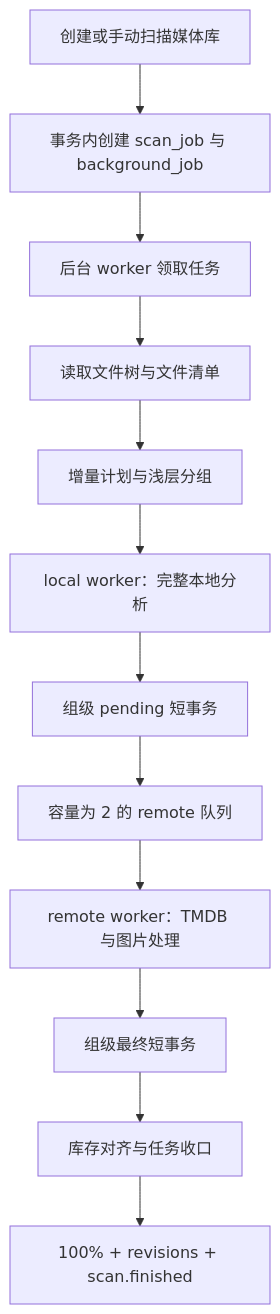
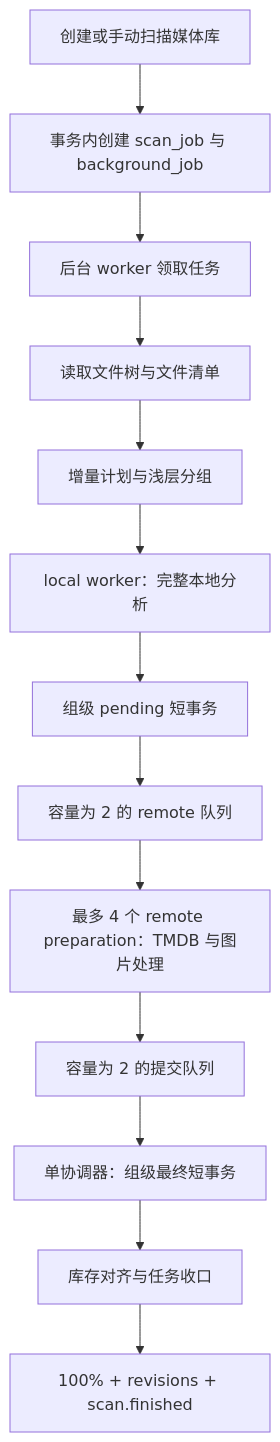
Before and after one commit to RichesChiu/mova: the diagram in docs/MEDIA_LIBRARY_SCAN.md, drawn with Mermaid. The commit also changed other lines of this file and 20 other files, not shown here.

````diff
--- a/docs/MEDIA_LIBRARY_SCAN.md
+++ b/docs/MEDIA_LIBRARY_SCAN.md
@@ -25,14 +25,15 @@
 ```mermaid
 flowchart TD
     Create["创建或手动扫描媒体库"] --> Enqueue["事务内创建 scan_job 与 background_job"]
     Enqueue --> Claim["后台 worker 领取任务"]
     Claim --> Discover["读取文件树与文件清单"]
     Discover --> Plan["增量计划与浅层分组"]
     Plan --> Local["local worker：完整本地分析"]
     Local --> LocalCommit["组级 pending 短事务"]
     LocalCommit --> Queue["容量为 2 的 remote 队列"]
-    Queue --> Remote["remote worker：TMDB 与图片处理"]
-    Remote --> RemoteCommit["组级最终短事务"]
+    Queue --> Remote["最多 4 个 remote preparation：TMDB 与图片处理"]
+    Remote --> CommitQueue["容量为 2 的提交队列"]
+    CommitQueue --> RemoteCommit["单协调器：组级最终短事务"]
     RemoteCommit --> Finalize["库存对齐与任务收口"]
     Finalize --> Finished["100% + revisions + scan.finished"]
 ```
````
